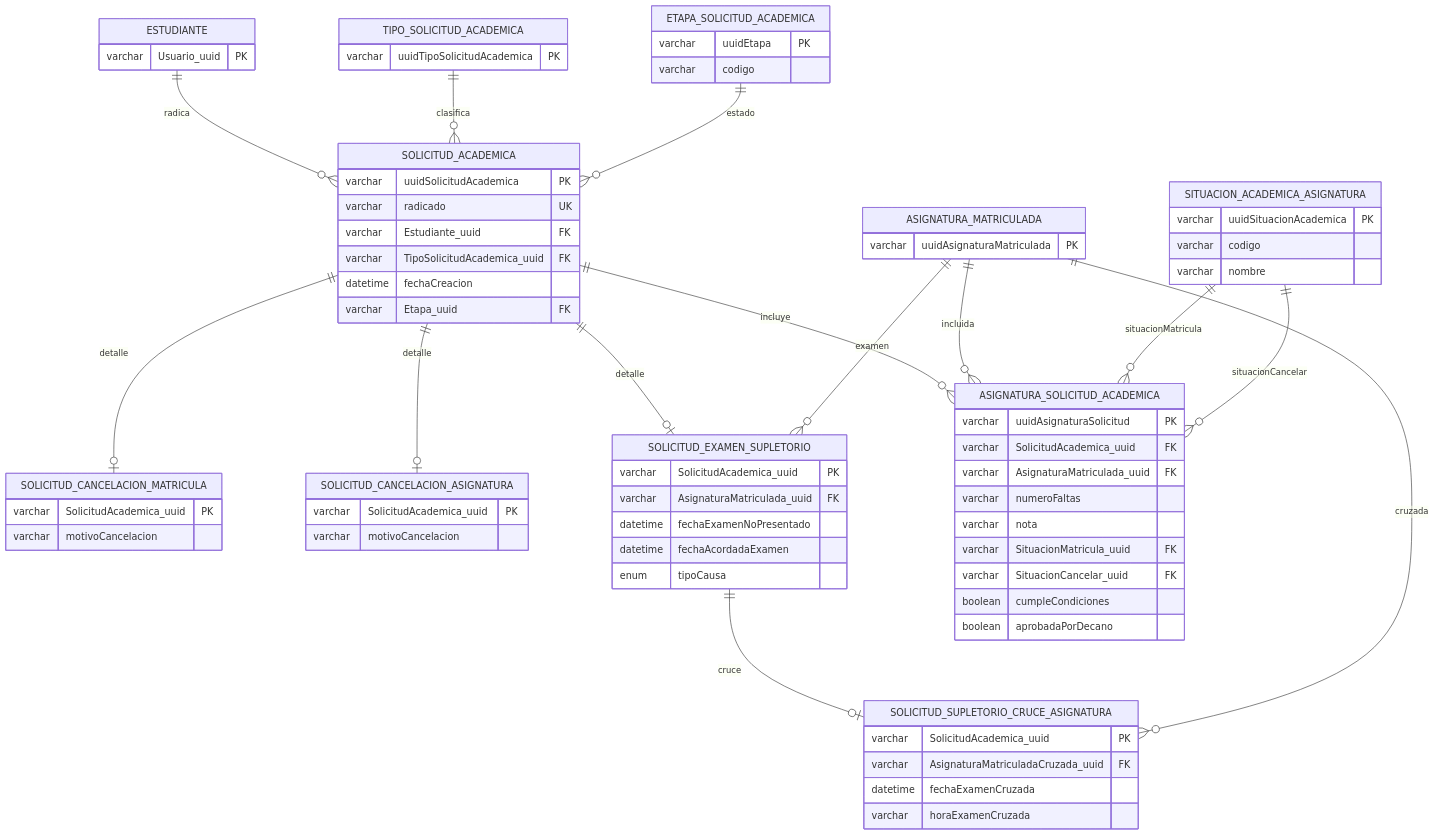
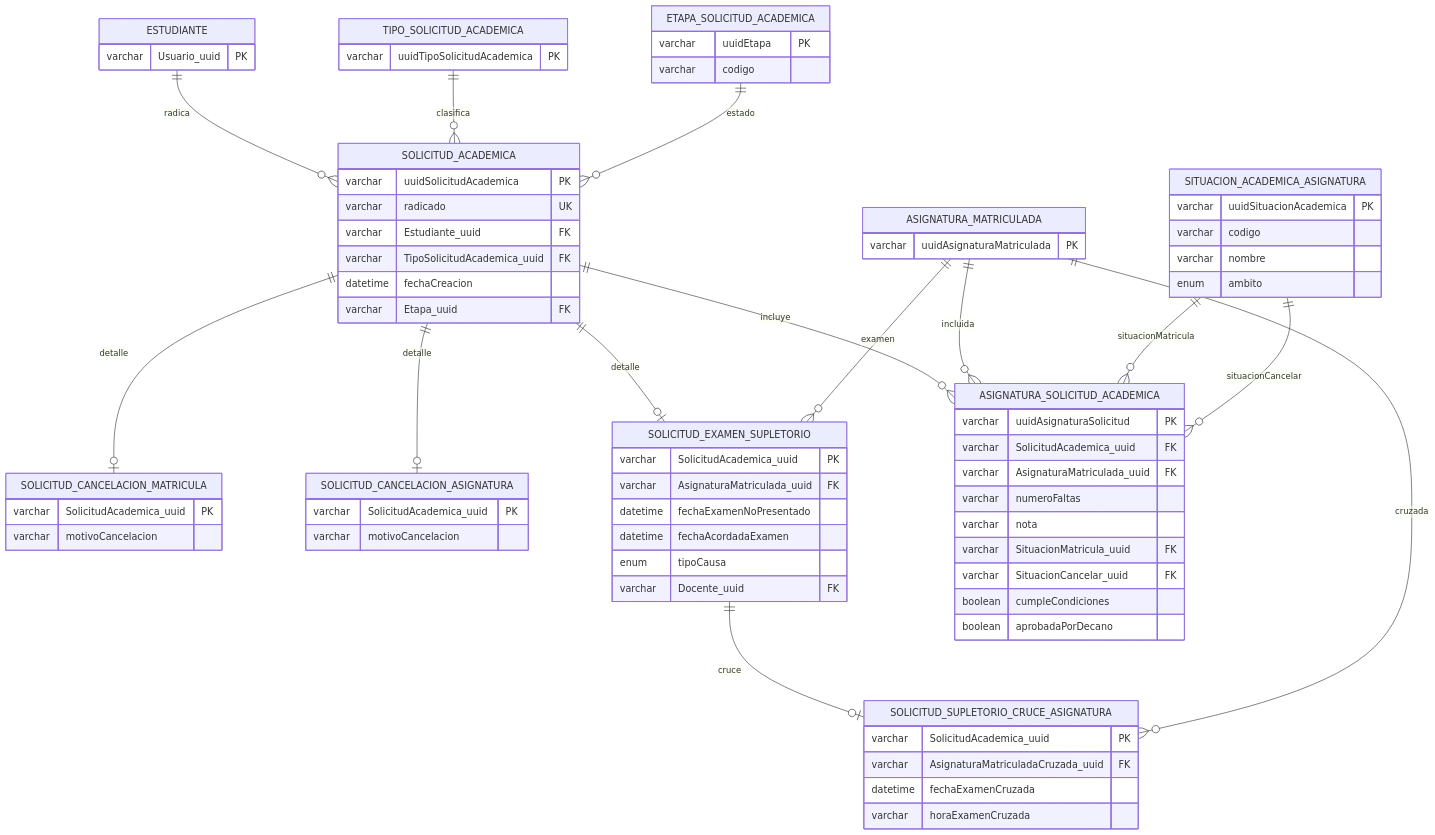
The sixth of 7 diagrams in docs/analisis/05-base-de-datos.md (CamiloBonilla1226/Gestion-Procesos-Academicos-FIET), drawn with Mermaid before and after one commit. The commit also changed other lines of this file and 105 other files, not shown here.

````diff
--- a/docs/analisis/05-base-de-datos.md
+++ b/docs/analisis/05-base-de-datos.md
@@ -818,74 +888,76 @@
 ```mermaid
 erDiagram
     ESTUDIANTE {
         varchar Usuario_uuid PK
     }
     TIPO_SOLICITUD_ACADEMICA {
         varchar uuidTipoSolicitudAcademica PK
     }
     ETAPA_SOLICITUD_ACADEMICA {
         varchar uuidEtapa PK
         varchar codigo
     }
     ASIGNATURA_MATRICULADA {
         varchar uuidAsignaturaMatriculada PK
     }
     SOLICITUD_ACADEMICA {
         varchar uuidSolicitudAcademica PK
         varchar radicado UK
         varchar Estudiante_uuid FK
         varchar TipoSolicitudAcademica_uuid FK
         datetime fechaCreacion
         varchar Etapa_uuid FK
     }
     SOLICITUD_CANCELACION_MATRICULA {
         varchar SolicitudAcademica_uuid PK
         varchar motivoCancelacion
     }
     SOLICITUD_CANCELACION_ASIGNATURA {
         varchar SolicitudAcademica_uuid PK
         varchar motivoCancelacion
     }
     SOLICITUD_EXAMEN_SUPLETORIO {
         varchar SolicitudAcademica_uuid PK
         varchar AsignaturaMatriculada_uuid FK
         datetime fechaExamenNoPresentado
         datetime fechaAcordadaExamen
         enum tipoCausa
+        varchar Docente_uuid FK
     }
     SOLICITUD_SUPLETORIO_CRUCE_ASIGNATURA {
         varchar SolicitudAcademica_uuid PK
         varchar AsignaturaMatriculadaCruzada_uuid FK
         datetime fechaExamenCruzada
         varchar horaExamenCruzada
     }
     SITUACION_ACADEMICA_ASIGNATURA {
         varchar uuidSituacionAcademica PK
         varchar codigo
         varchar nombre
+        enum ambito
     }
     ASIGNATURA_SOLICITUD_ACADEMICA {
         varchar uuidAsignaturaSolicitud PK
         varchar SolicitudAcademica_uuid FK
         varchar AsignaturaMatriculada_uuid FK
         varchar numeroFaltas
         varchar nota
         varchar SituacionMatricula_uuid FK
         varchar SituacionCancelar_uuid FK
         boolean cumpleCondiciones
         boolean aprobadaPorDecano
     }
     ESTUDIANTE ||--o{ SOLICITUD_ACADEMICA : radica
     TIPO_SOLICITUD_ACADEMICA ||--o{ SOLICITUD_ACADEMICA : clasifica
     ETAPA_SOLICITUD_ACADEMICA ||--o{ SOLICITUD_ACADEMICA : estado
     SOLICITUD_ACADEMICA ||--o| SOLICITUD_CANCELACION_MATRICULA : detalle
     SOLICITUD_ACADEMICA ||--o| SOLICITUD_CANCELACION_ASIGNATURA : detalle
     SOLICITUD_ACADEMICA ||--o| SOLICITUD_EXAMEN_SUPLETORIO : detalle
     SOLICITUD_ACADEMICA ||--o{ ASIGNATURA_SOLICITUD_ACADEMICA : incluye
     ASIGNATURA_MATRICULADA ||--o{ SOLICITUD_EXAMEN_SUPLETORIO : examen
     SOLICITUD_EXAMEN_SUPLETORIO ||--o| SOLICITUD_SUPLETORIO_CRUCE_ASIGNATURA : cruce
     ASIGNATURA_MATRICULADA ||--o{ SOLICITUD_SUPLETORIO_CRUCE_ASIGNATURA : cruzada
     ASIGNATURA_MATRICULADA ||--o{ ASIGNATURA_SOLICITUD_ACADEMICA : incluida
     SITUACION_ACADEMICA_ASIGNATURA ||--o{ ASIGNATURA_SOLICITUD_ACADEMICA : situacionMatricula
     SITUACION_ACADEMICA_ASIGNATURA ||--o{ ASIGNATURA_SOLICITUD_ACADEMICA : situacionCancelar
 ```
````
